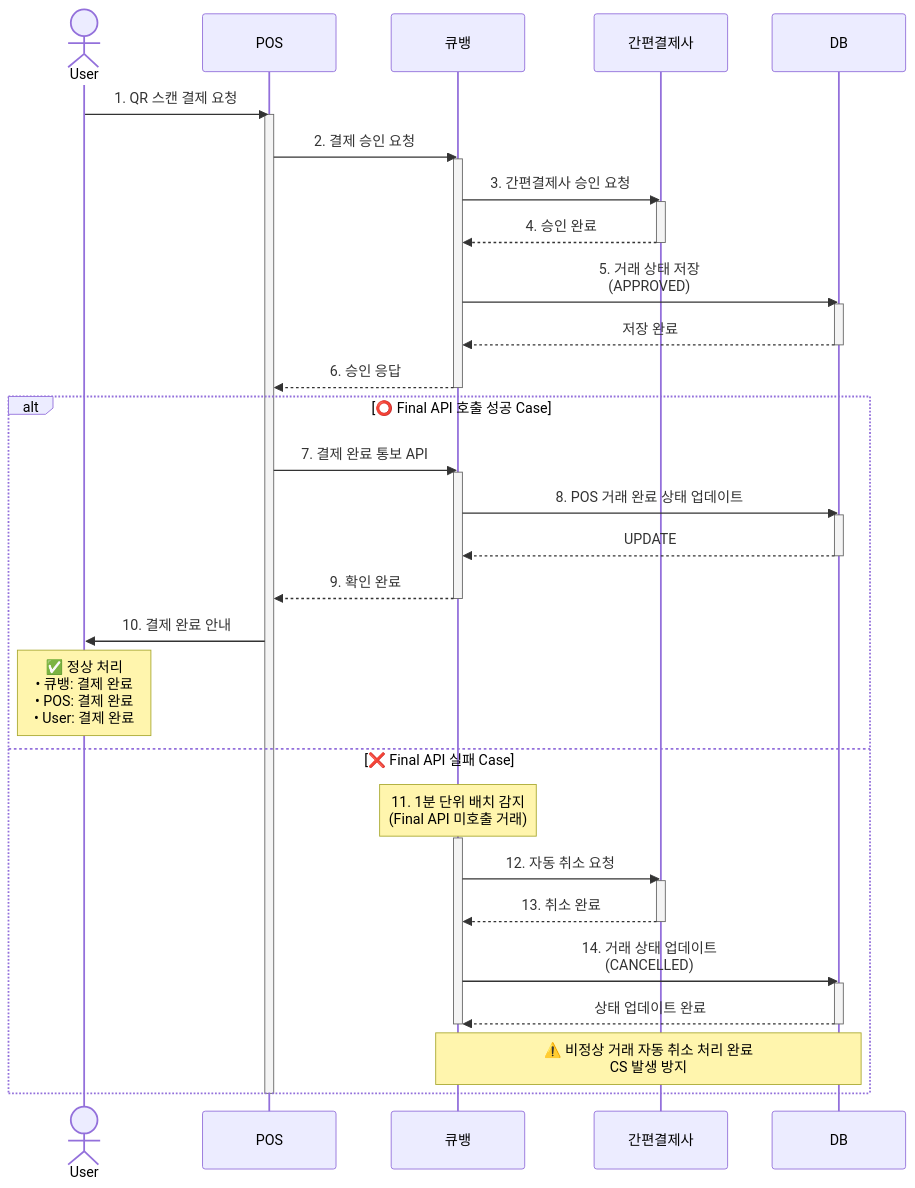
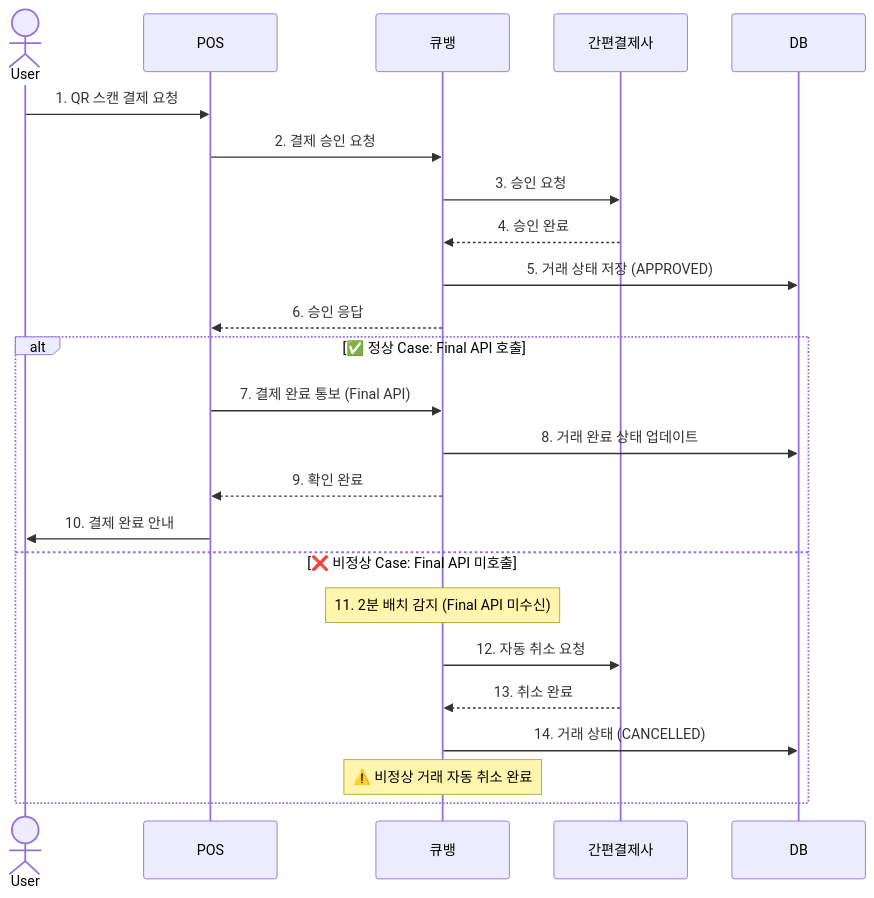
One commit to Hyeonqz/backend-interview-passer changed the second of 2 diagrams in .claude/output/mermaid/qb-final-api-flow.md. Above: the diagram before and after it, drawn with Mermaid. The commit also changed other lines of this file and 21 other files, not shown here.

````diff
--- a/.claude/output/mermaid/qb-final-api-flow.md
+++ b/.claude/output/mermaid/qb-final-api-flow.md
@@ -42,68 +42,38 @@
 ```mermaid
 ---
 config:
   theme: mc
   sequence:
     diagramMarginY: 20
     boxMargin: 10
     noteMargin: 10
     messageMargin: 50
 ---
 sequenceDiagram
     actor User
     participant POS
     participant QB as 큐뱅
     participant Pay as 간편결제사
     participant DB
 
     User->>POS: 1. QR 스캔 결제 요청
-    activate POS
     POS->>QB: 2. 결제 승인 요청
-    activate QB
-    QB->>Pay: 3. 간편결제사 승인 요청
-    activate Pay
+    QB->>Pay: 3. 승인 요청
     Pay-->>QB: 4. 승인 완료
-    deactivate Pay
-    QB->>DB: 5. 거래 상태 저장<br/>(APPROVED)
-    activate DB
-    DB-->>QB: 저장 완료
-    deactivate DB
+    QB->>DB: 5. 거래 상태 저장 (APPROVED)
+    QB-->>POS: 6. 승인 응답
 
-    QB-->>POS: 6. 승인 응답
-    deactivate QB
-    alt ⭕️ Final API 호출 성공 Case
-        POS->>QB: 7. 결제 완료 통보 API
-        activate QB
-        
-        QB->>DB: 8. POS 거래 완료 상태 업데이트
-        activate DB
-        DB-->>QB: UPDATE
-        deactivate DB
-        
+    alt ✅ 정상 Case: Final API 호출
+        POS->>QB: 7. 결제 완료 통보 (Final API)
+        QB->>DB: 8. 거래 완료 상태 업데이트
         QB-->>POS: 9. 확인 완료
-        deactivate QB
-        
         POS->>User: 10. 결제 완료 안내
-        
-        Note over User: ✅ 정상 처리<br/>• 큐뱅: 결제 완료<br/>• POS: 결제 완료<br/>• User: 결제 완료
-        
-    else ❌ Final API 실패 Case
-        Note over QB: 11. 1분 단위 배치 감지<br/>(Final API 미호출 거래)
-        activate QB
-        
+
+    else ❌ 비정상 Case: Final API 미호출
+        Note over QB: 11. 2분 배치 감지 (Final API 미수신)
         QB->>Pay: 12. 자동 취소 요청
-        activate Pay
         Pay-->>QB: 13. 취소 완료
-        deactivate Pay
-        
-        QB->>DB: 14. 거래 상태 업데이트<br/>(CANCELLED)
-        activate DB
-        DB-->>QB: 상태 업데이트 완료
-        deactivate DB
-        
-        deactivate QB
-        
-        Note over QB,DB: ⚠️ 비정상 거래 자동 취소 처리 완료<br/>CS 발생 방지
+        QB->>DB: 14. 거래 상태 (CANCELLED)
+        Note over QB: ⚠️ 비정상 거래 자동 취소 완료
     end
-    deactivate POS
 ```
````
